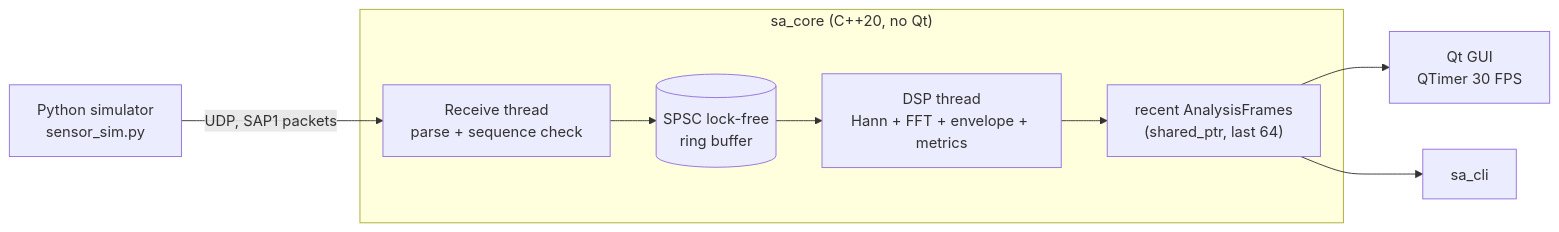
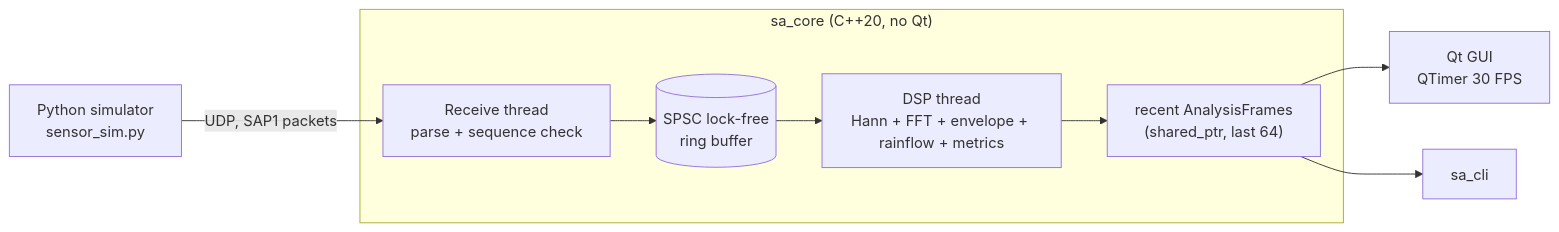
Before and after one commit to miloszjaranowski/signal-analyzer: the diagram in README.md, drawn with Mermaid. The commit also changed other lines of this file and 16 other files, not shown here.

````diff
--- a/README.md
+++ b/README.md
@@ -34,11 +37,11 @@
 ```mermaid
 flowchart LR
     SIM["Python simulator<br/>sensor_sim.py"] -- "UDP, SAP1 packets" --> RX
     subgraph core["sa_core (C++20, no Qt)"]
         RX["Receive thread<br/>parse + sequence check"] --> RB[("SPSC lock-free<br/>ring buffer")]
-        RB --> DSP["DSP thread<br/>Hann + FFT + envelope + metrics"]
+        RB --> DSP["DSP thread<br/>Hann + FFT + envelope + rainflow + metrics"]
         DSP --> FR["recent AnalysisFrames<br/>(shared_ptr, last 64)"]
     end
     FR --> GUI["Qt GUI<br/>QTimer 30 FPS"]
     FR --> CLI["sa_cli"]
 ```
````
